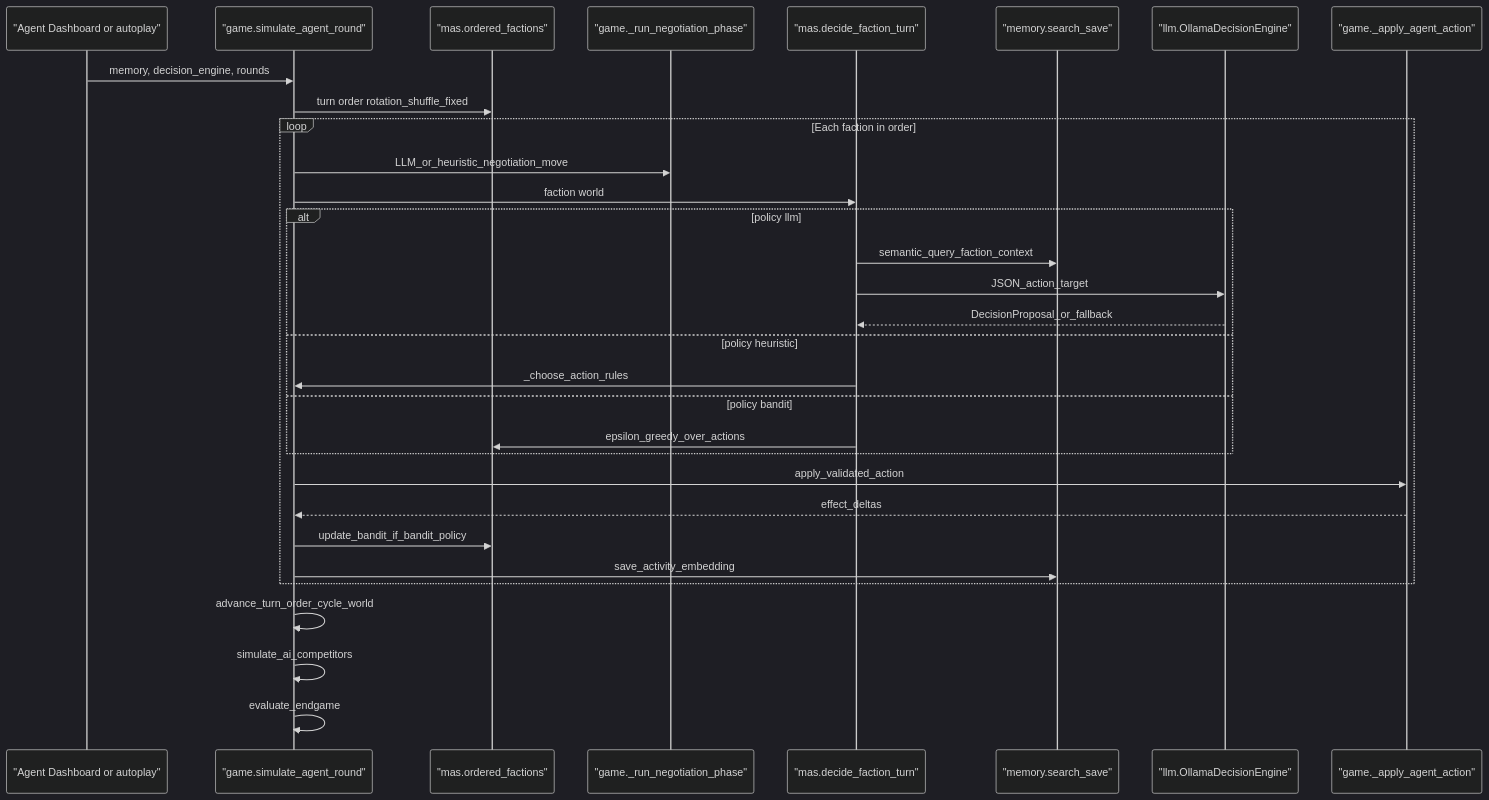
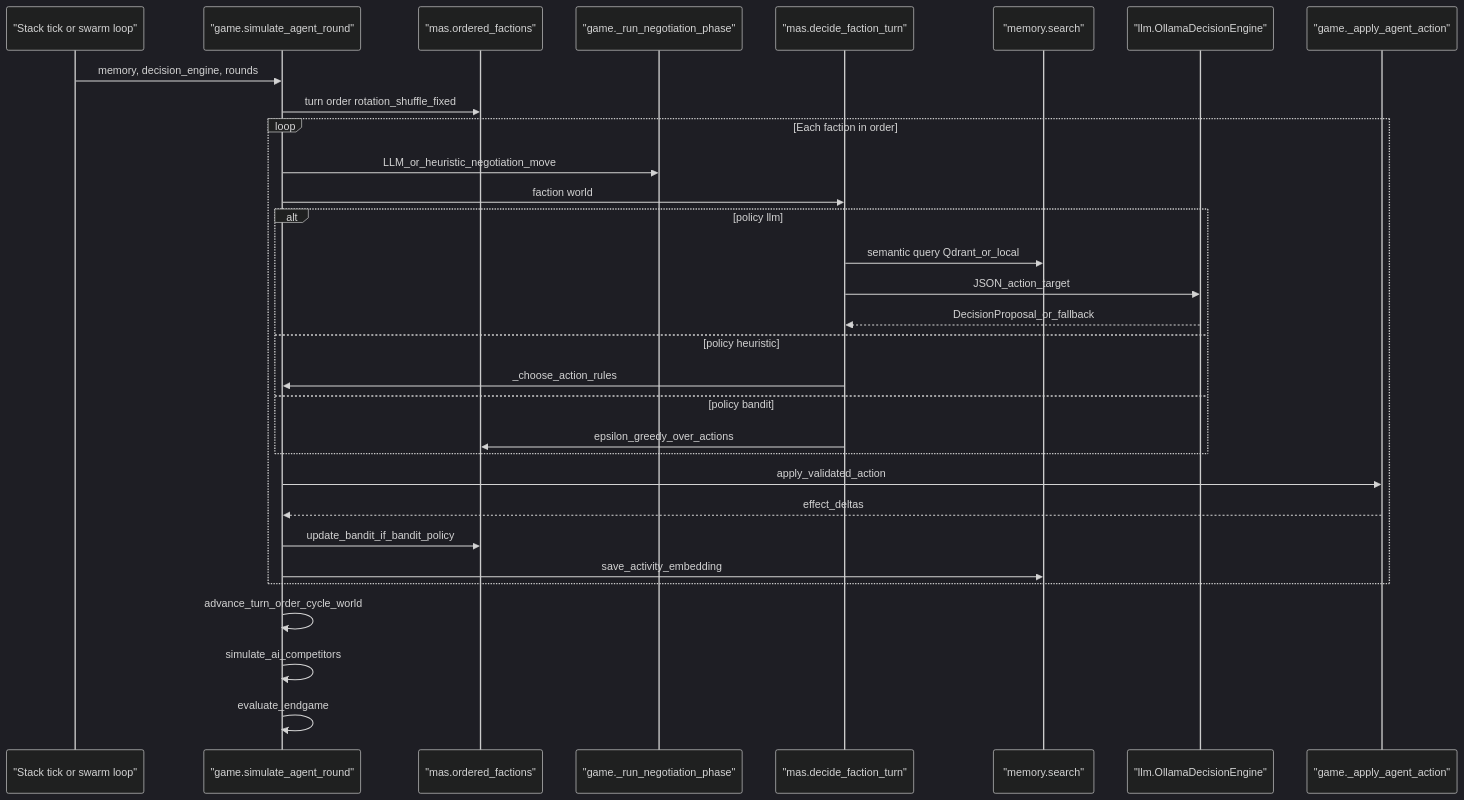
Before and after one commit to NeuroGamingLab/Neuro-Threadfall-MAS: the fourth of 6 diagrams in README.md, drawn with Mermaid. The commit also changed other lines of this file, not shown here.

````diff
--- a/README.md
+++ b/README.md
@@ -108,35 +143,35 @@
 ```mermaid
 %%{init: {'theme':'dark'}}%%
 sequenceDiagram
-  participant Dash as "Agent Dashboard or autoplay"
+  participant Dash as "Stack tick or swarm loop"
   participant Game as "game.simulate_agent_round"
   participant MAS as "mas.ordered_factions"
   participant Neg as "game._run_negotiation_phase"
   participant Dec as "mas.decide_faction_turn"
-  participant Mem as "memory.search_save"
+  participant Mem as "memory.search"
   participant LLM as "llm.OllamaDecisionEngine"
   participant Sim as "game._apply_agent_action"
 
   Dash->>Game: memory, decision_engine, rounds
   Game->>MAS: turn order rotation_shuffle_fixed
   loop Each faction in order
     Game->>Neg: LLM_or_heuristic_negotiation_move
     Game->>Dec: faction world
     alt policy llm
-      Dec->>Mem: semantic_query_faction_context
+      Dec->>Mem: semantic query Qdrant_or_local
       Dec->>LLM: JSON_action_target
       LLM-->>Dec: DecisionProposal_or_fallback
     else policy heuristic
       Dec->>Game: _choose_action_rules
     else policy bandit
       Dec->>MAS: epsilon_greedy_over_actions
     end
     Game->>Sim: apply_validated_action
     Sim-->>Game: effect_deltas
     Game->>MAS: update_bandit_if_bandit_policy
     Game->>Mem: save_activity_embedding
   end
   Game->>Game: advance_turn_order_cycle_world
   Game->>Game: simulate_ai_competitors
   Game->>Game: evaluate_endgame
 ```
````
